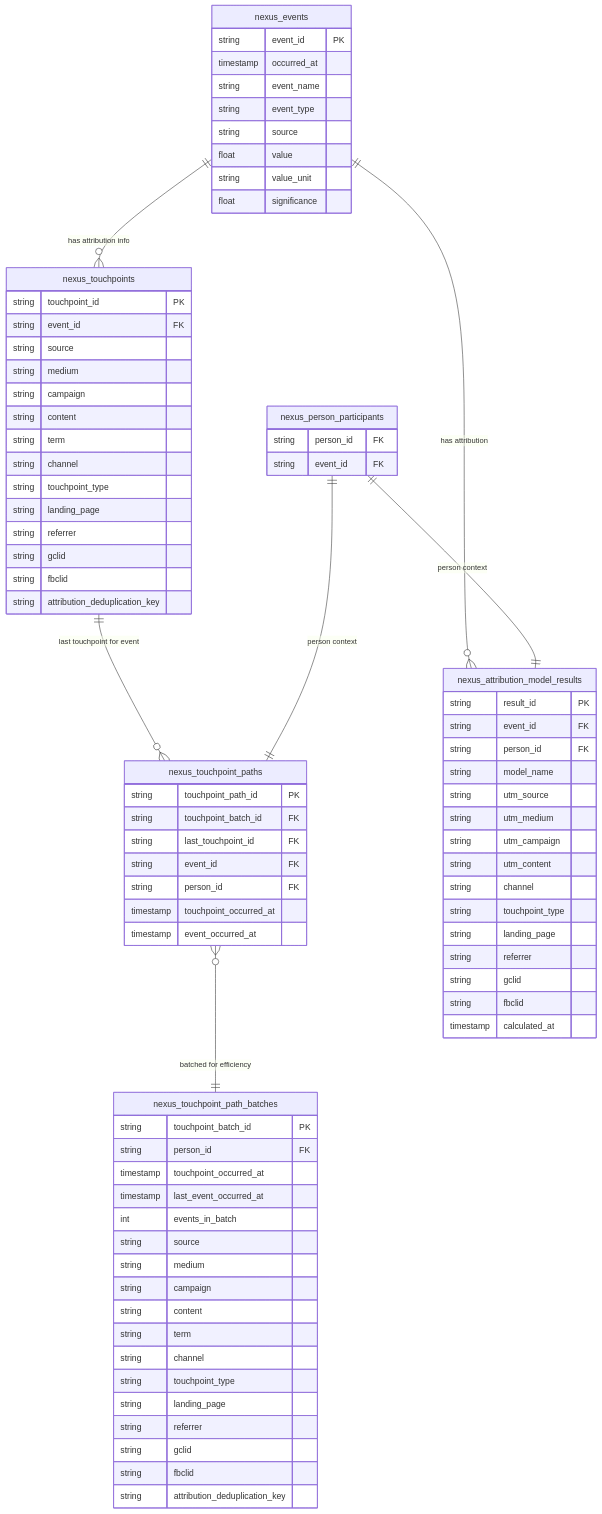
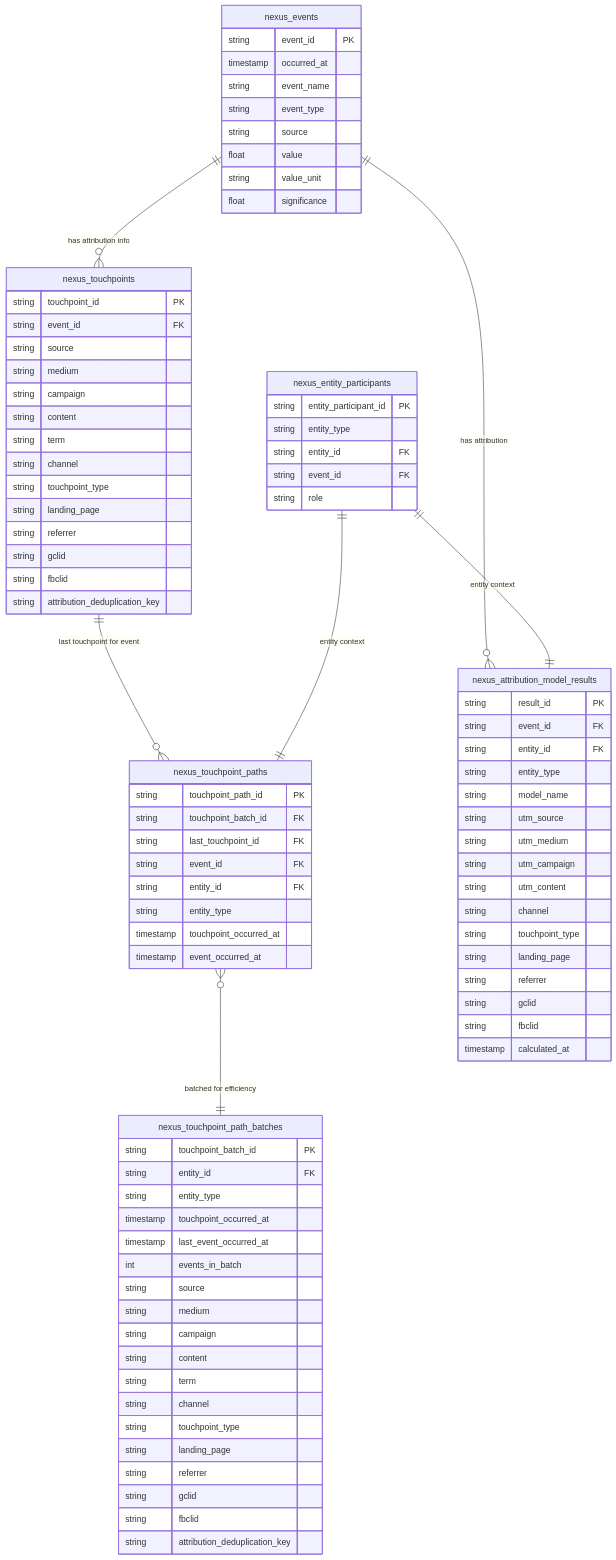
One commit to slide-rule-tech/dbt-nexus changed the third of 3 diagrams in docs/attribution/index.md. Above: the diagram before and after it, drawn with Mermaid. The commit also changed other lines of this file and 32 other files, not shown here.

Commit message:
fix: participants and attribution for generic entities [WORK-2165] (#33)

````diff
--- a/docs/attribution/index.md
+++ b/docs/attribution/index.md
@@ -143,9 +143,12 @@
         float significance
     }
 
-    nexus_person_participants {
-        string person_id FK
+    nexus_entity_participants {
+        string entity_participant_id PK
+        string entity_type
+        string entity_id FK
         string event_id FK
+        string role
     }
 
     %% Attribution Tables
@@ -171,14 +174,16 @@
         string touchpoint_batch_id FK
         string last_touchpoint_id FK
         string event_id FK
-        string person_id FK
+        string entity_id FK
+        string entity_type
         timestamp touchpoint_occurred_at
         timestamp event_occurred_at
     }
 
     nexus_touchpoint_path_batches {
         string touchpoint_batch_id PK
-        string person_id FK
+        string entity_id FK
+        string entity_type
         timestamp touchpoint_occurred_at
         timestamp last_event_occurred_at
         int events_in_batch
@@ -199,7 +204,8 @@
     nexus_attribution_model_results {
         string result_id PK
         string event_id FK
-        string person_id FK
+        string entity_id FK
+        string entity_type
         string model_name
         string utm_source
         string utm_medium
@@ -218,10 +224,10 @@
     nexus_events ||--o{ nexus_touchpoints : "has attribution info"
 
     nexus_touchpoints ||--o{ nexus_touchpoint_paths : "last touchpoint for event"
-    nexus_person_participants ||--|| nexus_touchpoint_paths : "person context"
+    nexus_entity_participants ||--|| nexus_touchpoint_paths : "entity context"
 
     nexus_touchpoint_paths }o--|| nexus_touchpoint_path_batches : "batched for efficiency"
 
     nexus_events ||--o{ nexus_attribution_model_results : "has attribution"
-    nexus_person_participants ||--|| nexus_attribution_model_results : "person context"
+    nexus_entity_participants ||--|| nexus_attribution_model_results : "entity context"
 ```
````
